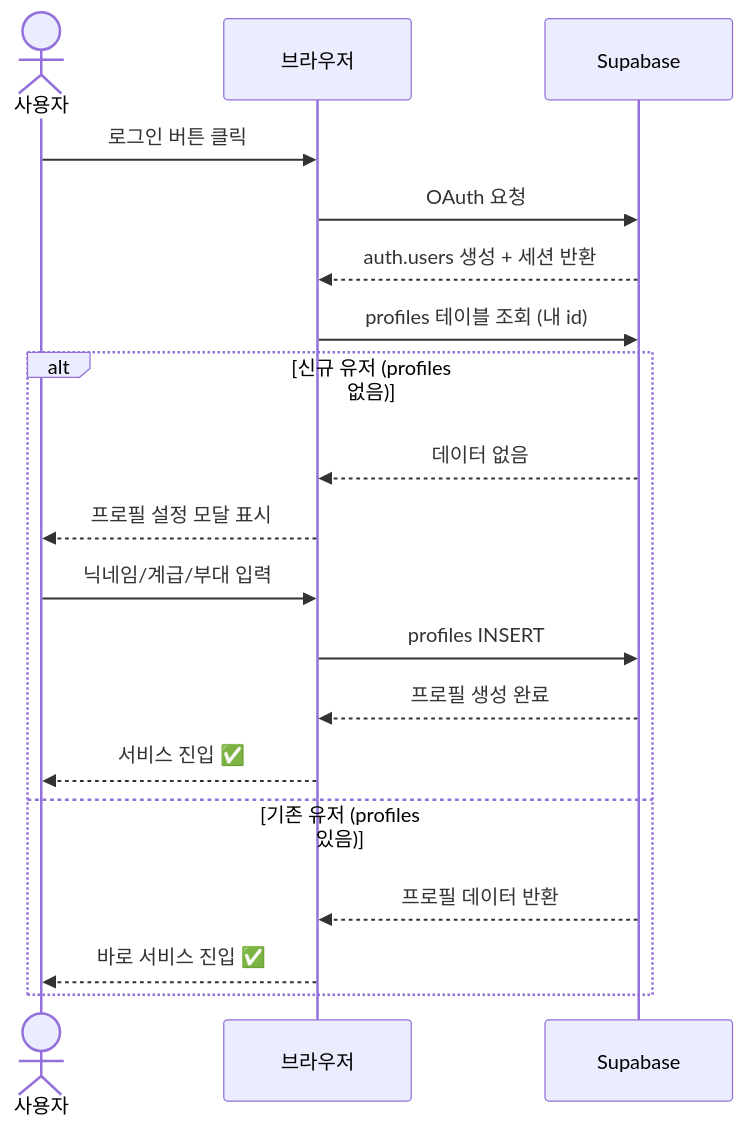
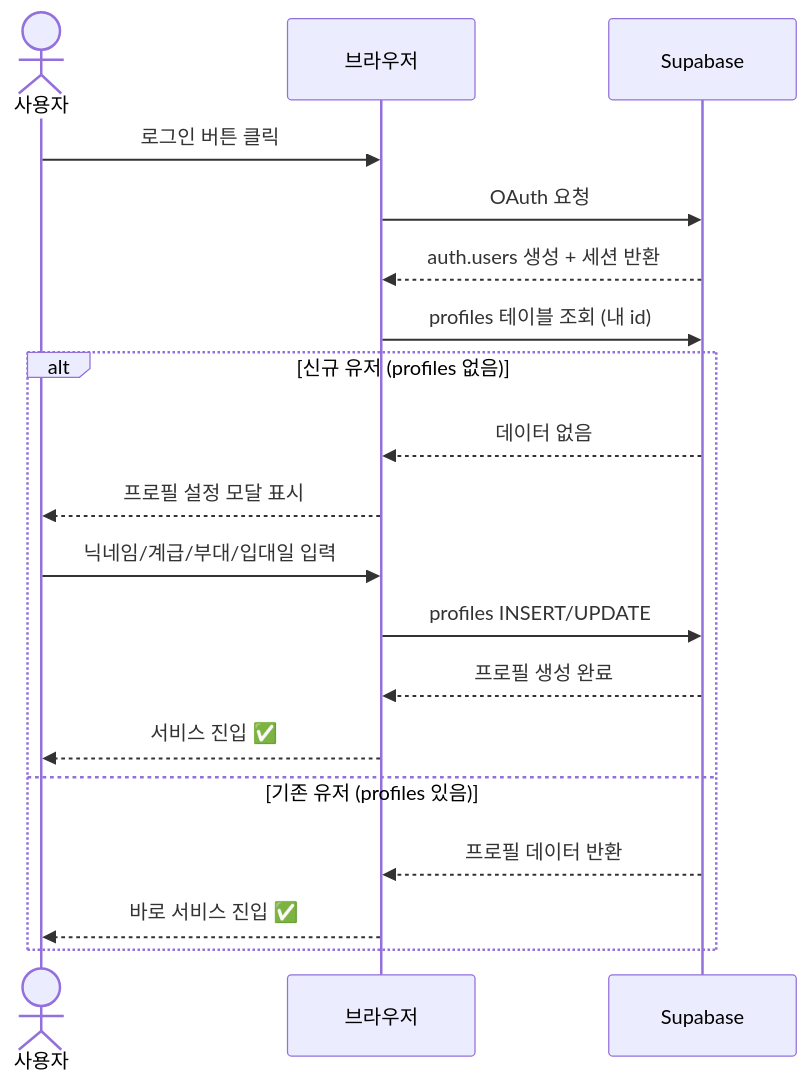
The fourth of 4 diagrams in docs/db-schema-guide.md (STH-1-Class-One-Group/TeamC), drawn with Mermaid before and after one commit. The commit also changed other lines of this file and 6 other files, not shown here.

````diff
--- a/docs/db-schema-guide.md
+++ b/docs/db-schema-guide.md
@@ -253,23 +257,23 @@
 ```mermaid
 sequenceDiagram
     actor 사용자
     participant 브라우저
     participant Supabase
 
     사용자->>브라우저: 로그인 버튼 클릭
     브라우저->>Supabase: OAuth 요청
     Supabase-->>브라우저: auth.users 생성 + 세션 반환
     브라우저->>Supabase: profiles 테이블 조회 (내 id)
 
     alt 신규 유저 (profiles 없음)
         Supabase-->>브라우저: 데이터 없음
         브라우저-->>사용자: 프로필 설정 모달 표시
-        사용자->>브라우저: 닉네임/계급/부대 입력
-        브라우저->>Supabase: profiles INSERT
+        사용자->>브라우저: 닉네임/계급/부대/입대일 입력
+        브라우저->>Supabase: profiles INSERT/UPDATE
         Supabase-->>브라우저: 프로필 생성 완료
         브라우저-->>사용자: 서비스 진입 ✅
     else 기존 유저 (profiles 있음)
         Supabase-->>브라우저: 프로필 데이터 반환
         브라우저-->>사용자: 바로 서비스 진입 ✅
     end
 ```
````
